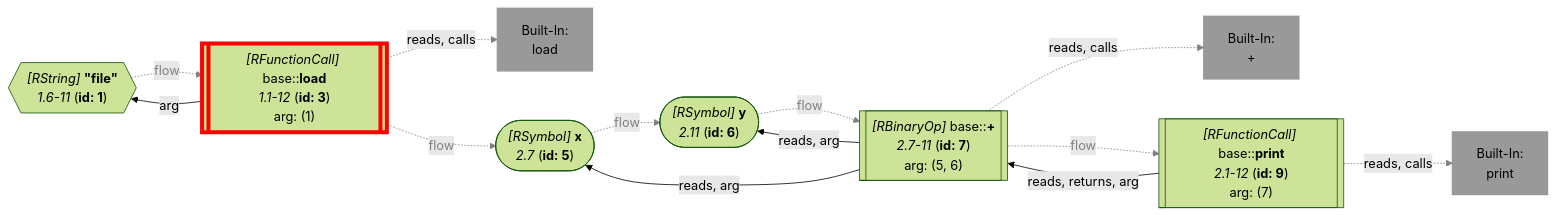
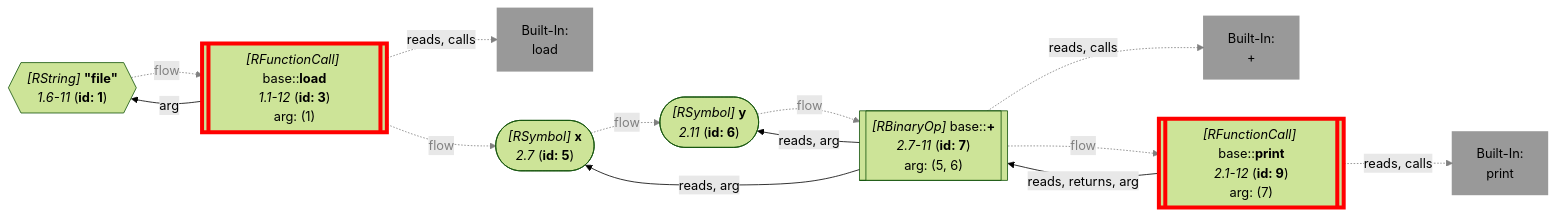
One commit to flowr-analysis/flowr changed diagram 55 of 60 in wiki/Dataflow Graph.md. Above: the diagram before and after it, drawn with Mermaid (forest theme). The commit also changed other lines of this file and 328 other files, not shown here.

````diff
--- a/wiki/Dataflow Graph.md
+++ b/wiki/Dataflow Graph.md
@@ -5400,48 +5406,49 @@
 ```mermaid
 flowchart LR
     1{{"`*#91;RString#93;* **#34;file#34;**
       *1.6-11* (**id: 1**)`"}}
     3[["`*#91;RFunctionCall#93;* base#58;#58;**load**
       *1.1-12* (**id: 3**)
     arg: (1)`"]]
     style 3 stroke:red,stroke-width:5px; 
     built-in:load["`Built-In:
 load`"]
     style built-in:load stroke:gray,fill:gray,stroke-width:2px,opacity:.8;
     5(["`*#91;RSymbol#93;* **x**
       *2.7* (**id: 5**)`"])
     6(["`*#91;RSymbol#93;* **y**
       *2.11* (**id: 6**)`"])
     7[["`*#91;RBinaryOp#93;* base#58;#58;**#43;**
       *2.7-11* (**id: 7**)
     arg: (5, 6)`"]]
     built-in:_43_["`Built-In:
 #43;`"]
     style built-in:_43_ stroke:gray,fill:gray,stroke-width:2px,opacity:.8;
     9[["`*#91;RFunctionCall#93;* base#58;#58;**print**
       *2.1-12* (**id: 9**)
     arg: (7)`"]]
+    style 9 stroke:red,stroke-width:5px; 
     built-in:print["`Built-In:
 print`"]
     style built-in:print stroke:gray,fill:gray,stroke-width:2px,opacity:.8;
     1 -.->|"flow"| 3
     linkStyle 0 stroke:gray,color:gray;
     3 -->|"arg"| 1
     3 -.->|"reads, calls"| built-in:load
     linkStyle 2 stroke:gray;
     3 -.->|"flow"| 5
     linkStyle 3 stroke:gray,color:gray;
     5 -.->|"flow"| 6
     linkStyle 4 stroke:gray,color:gray;
     6 -.->|"flow"| 7
     linkStyle 5 stroke:gray,color:gray;
     7 -->|"reads, arg"| 5
     7 -->|"reads, arg"| 6
     7 -.->|"reads, calls"| built-in:_43_
     linkStyle 8 stroke:gray;
     7 -.->|"flow"| 9
     linkStyle 9 stroke:gray,color:gray;
     9 -->|"reads, returns, arg"| 7
     9 -.->|"reads, calls"| built-in:print
     linkStyle 11 stroke:gray;
 ```
````
